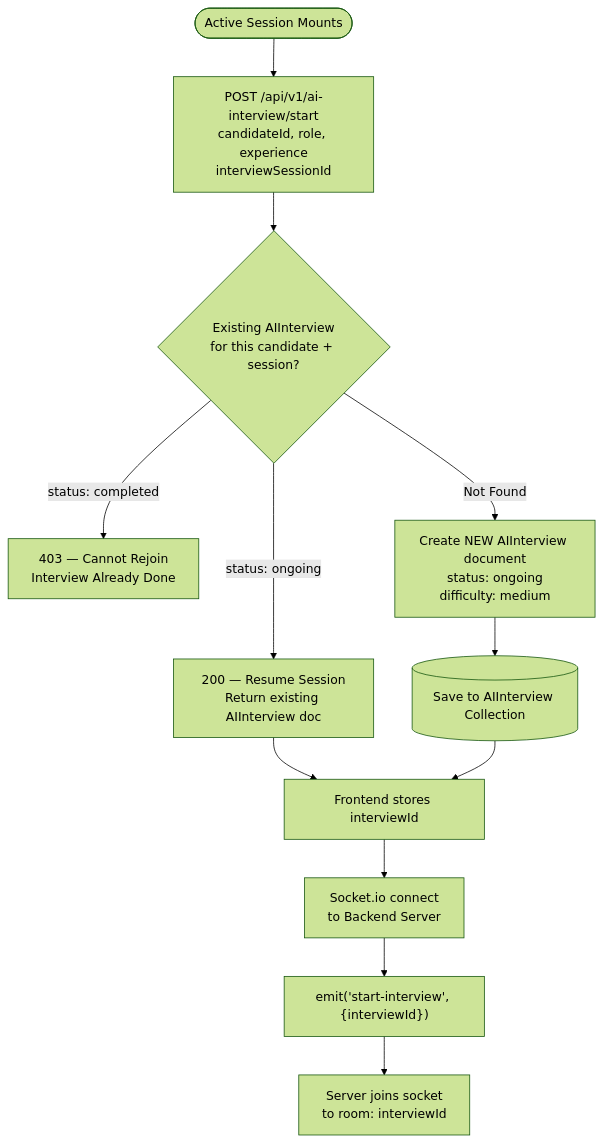
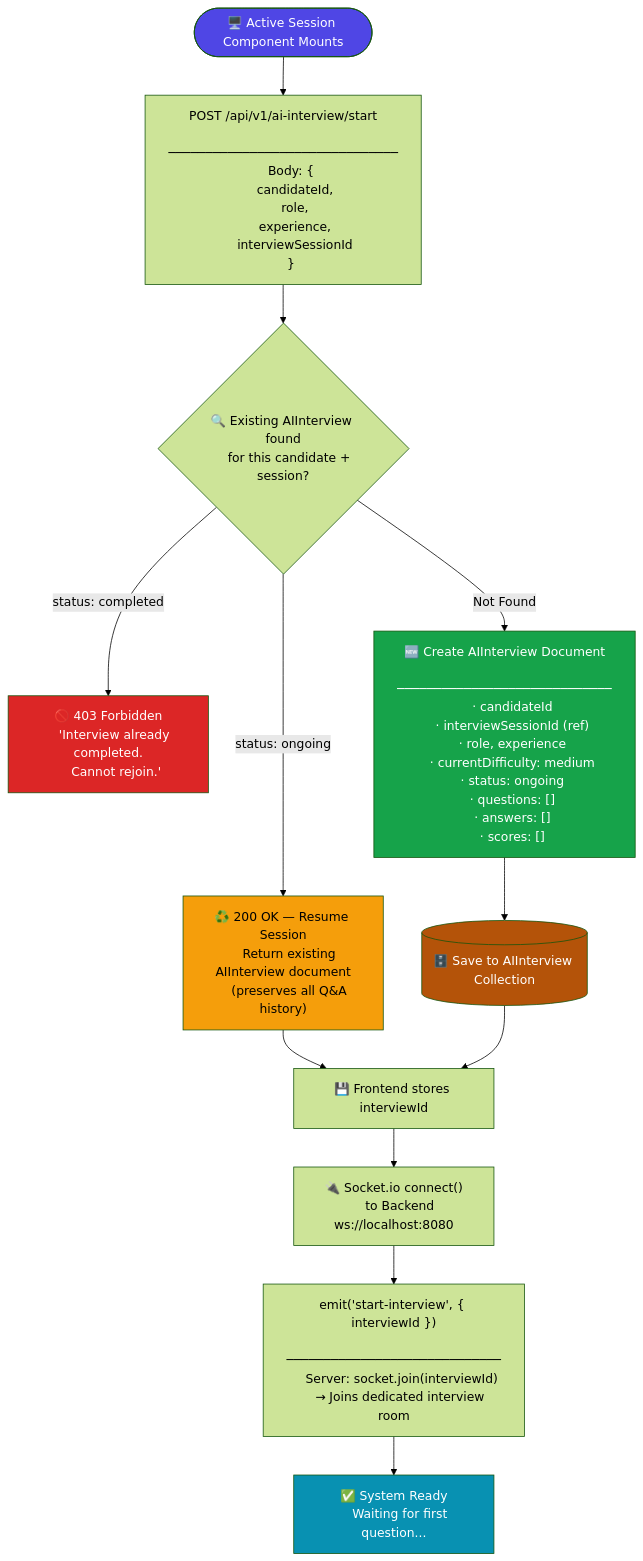
Before and after one commit to Final-Year-Project-UCP/VIRQA-Project: the fourth of 11 diagrams in VIRQA_AI_Flow_Diagram.md, drawn with Mermaid (forest theme). The commit also changed other lines of this file and 42 other files, not shown here.

````diff
--- a/VIRQA_AI_Flow_Diagram.md
+++ b/VIRQA_AI_Flow_Diagram.md
@@ -74,16 +275,61 @@
 ```mermaid
 flowchart TD
-    A([Active Session Mounts]) --> B["POST /api/v1/ai-interview/start\ncandidateId, role, experience\ninterviewSessionId"]
-    B --> C{Existing AIInterview\nfor this candidate + session?}
+    START(["🖥️ Active Session Component Mounts"]) --> API
 
-    C -->|"status: completed"| D[403 — Cannot Rejoin\nInterview Already Done]
-    C -->|"status: ongoing"| E[200 — Resume Session\nReturn existing AIInterview doc]
-    C -->|Not Found| F[Create NEW AIInterview document\nstatus: ongoing\ndifficulty: medium]
+    API["POST /api/v1/ai-interview/start
+    ───────────────────────────────
+    Body: {
+      candidateId,
+      role,
+      experience,
+      interviewSessionId
+    }"]
 
-    F --> G[(Save to AIInterview Collection)]
-    E --> H
-    G --> H[Frontend stores interviewId]
-    H --> I[Socket.io connect\nto Backend Server]
-    I --> J["emit('start-interview', {interviewId})"]
-    J --> K[Server joins socket\nto room: interviewId]
+    API --> EXIST_CHK{"🔍 Existing AIInterview found
+    for this candidate + session?"}
+
+    EXIST_CHK -->|"status: completed"| BLOCK
+    BLOCK["🚫 403 Forbidden
+    'Interview already completed.
+    Cannot rejoin.'"]
+
+    EXIST_CHK -->|"status: ongoing"| RESUME
+    RESUME["♻️ 200 OK — Resume Session
+    Return existing AIInterview document
+    (preserves all Q&A history)"]
+
+    EXIST_CHK -->|"Not Found"| CREATE
+    CREATE["🆕 Create AIInterview Document
+    ─────────────────────────────
+    · candidateId
+    · interviewSessionId (ref)
+    · role, experience
+    · currentDifficulty: medium
+    · status: ongoing
+    · questions: []
+    · answers: []
+    · scores: []"]
+
+    CREATE --> SAVE[("🗄️ Save to AIInterview Collection")]
+    RESUME --> STORE
+    SAVE --> STORE
+
+    STORE["💾 Frontend stores interviewId"]
+    STORE --> SOCKET["🔌 Socket.io connect()
+    to Backend ws://localhost:8080"]
+
+    SOCKET --> JOIN["emit('start-interview', { interviewId })
+    ─────────────────────────────
+    Server: socket.join(interviewId)
+    → Joins dedicated interview room"]
+
+    JOIN --> READY["✅ System Ready
+    Waiting for first question..."]
+
+    style START fill:#4f46e5,color:#fff
+    style BLOCK fill:#dc2626,color:#fff
+    style RESUME fill:#f59e0b,color:#000
+    style CREATE fill:#16a34a,color:#fff
+    style SAVE fill:#b45309,color:#fff
+    style READY fill:#0891b2,color:#fff
 ```
````
